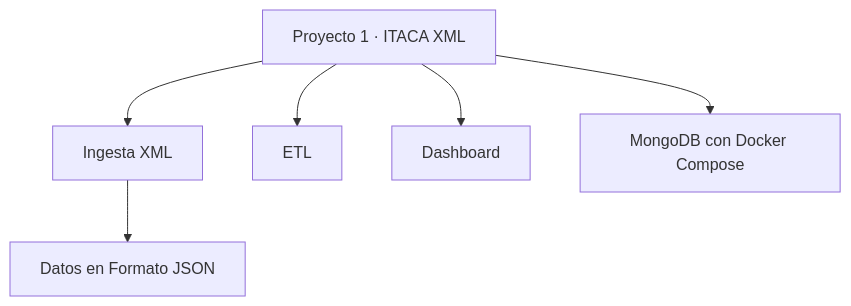
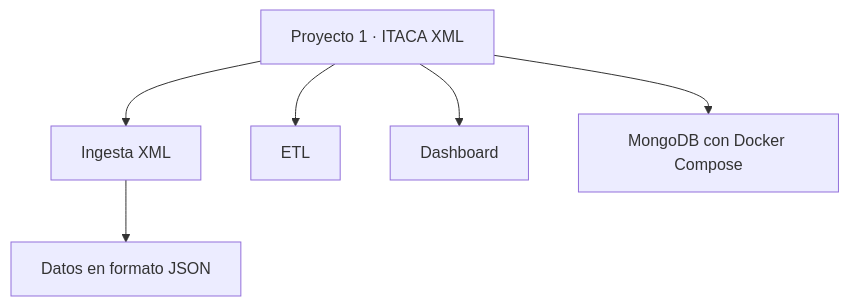
The diagram in README.md (AndreuAlfonsoIABD/bigdata-p1-itaca-xml), drawn with Mermaid before and after one commit. The commit also changed other lines of this file and 1 other file, not shown here.

````diff
--- a/README.md
+++ b/README.md
@@ -11,9 +11,9 @@
 ```mermaid
 flowchart TD
     A[Proyecto 1 · ITACA XML]
     A --> B[Ingesta XML]
-    B --> F[Datos en Formato JSON]
+    B --> F[Datos en formato JSON]
     A --> C[ETL]
     A --> D[Dashboard]
     A --> E[MongoDB con Docker Compose]
 ```
````
